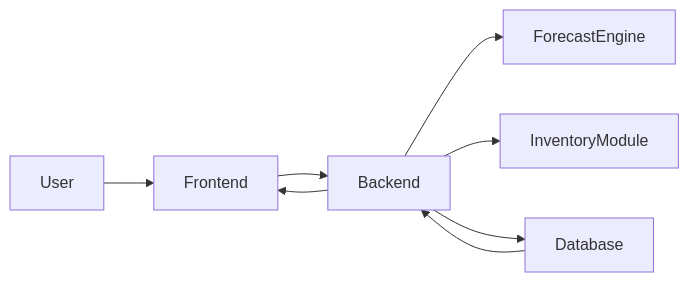
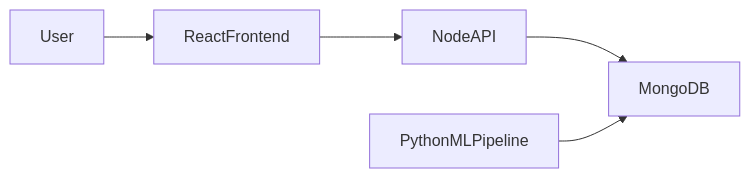
One commit to shalini-saloni/Inventory_Demand_Forecasting_Tool changed the first of 5 diagrams in README.md. Above: the diagram before and after it, drawn with Mermaid. The commit also changed other lines of this file, not shown here.

Commit message:
docs: update architecture to Node.js, MongoDB, React, and Python Pipeline

````diff
--- a/README.md
+++ b/README.md
@@ -69,10 +69,7 @@
 ```mermaid
 flowchart LR
-    User --> Frontend
-    Frontend --> Backend
-    Backend --> ForecastEngine
-    Backend --> InventoryModule
-    Backend --> Database
-    Database --> Backend
-    Backend --> Frontend
+    User --> ReactFrontend
+    ReactFrontend --> NodeAPI
+    NodeAPI --> MongoDB
+    PythonMLPipeline --> MongoDB
 ```
````
